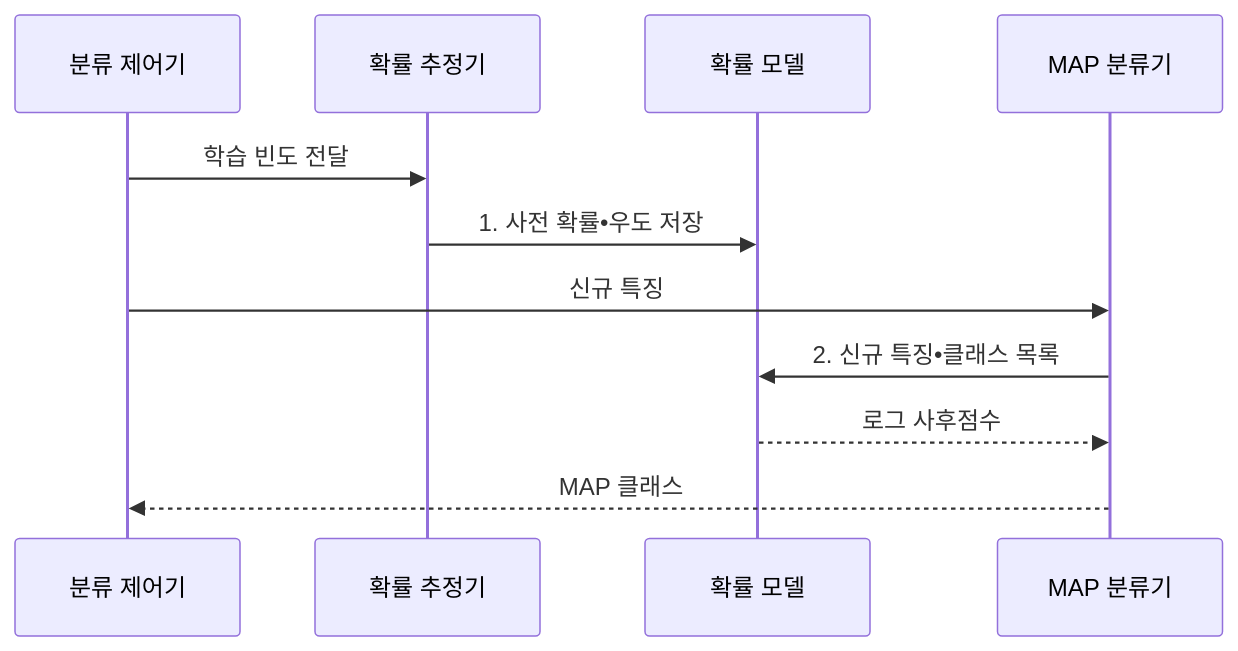
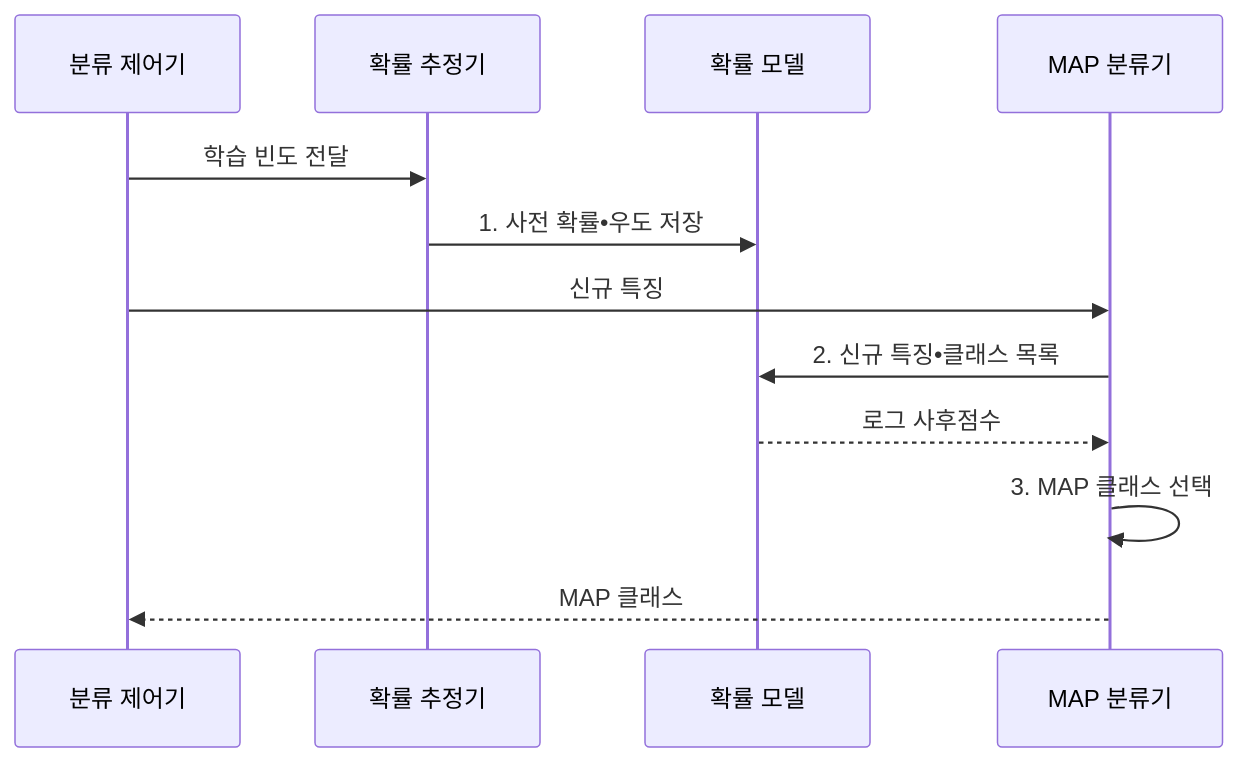
One commit to agnusdei1207/knowledge-base changed the second of 2 diagrams in src/content/docs/notes/01-basic-theory/051_naive_bayes.md. Above: the diagram before and after it, drawn with Mermaid. The commit also changed other lines of this file and 8 other files, not shown here.

````diff
--- a/src/content/docs/notes/01-basic-theory/051_naive_bayes.md
+++ b/src/content/docs/notes/01-basic-theory/051_naive_bayes.md
@@ -97,13 +97,14 @@
 ```mermaid
 sequenceDiagram
     participant T as 분류 제어기
     participant E as 확률 추정기
     participant M as 확률 모델
     participant C as MAP 분류기
     T->>E: 학습 빈도 전달
     E->>M: 1. 사전 확률•우도 저장
     T->>C: 신규 특징
     C->>M: 2. 신규 특징•클래스 목록
     M-->>C: 로그 사후점수
+    C->>C: 3. MAP 클래스 선택
     C-->>T: MAP 클래스
 ```
````
